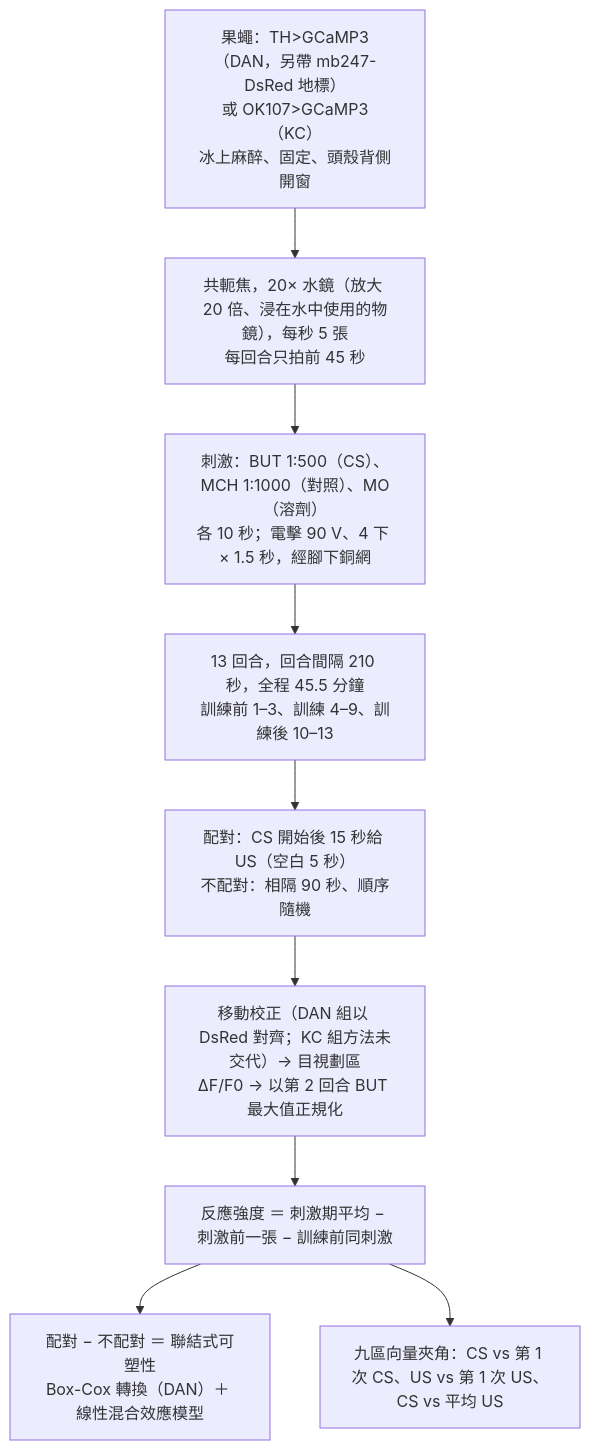
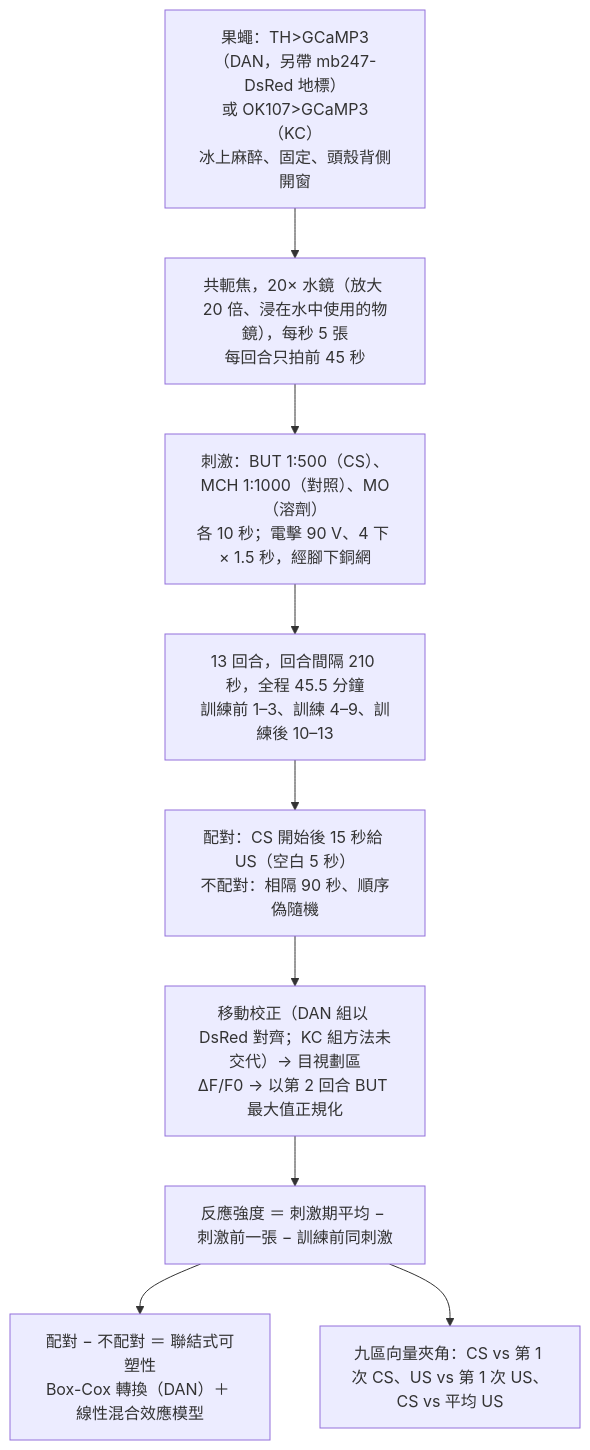
Before and after one commit to marginli/mb_wiki: the diagram in wiki/sources/s-dylla-2017-trace-conditioning-dan-plasticity.md, drawn with Mermaid. The commit also changed other lines of this file and 1 other file, not shown here.

````diff
--- a/wiki/sources/s-dylla-2017-trace-conditioning-dan-plasticity.md
+++ b/wiki/sources/s-dylla-2017-trace-conditioning-dan-plasticity.md
@@ -166,11 +199,11 @@
 ```mermaid
 flowchart TD
     A["果蠅：TH>GCaMP3（DAN，另帶 mb247-DsRed 地標）<br/>或 OK107>GCaMP3（KC）<br/>冰上麻醉、固定、頭殼背側開窗"] --> B["共軛焦，20× 水鏡（放大 20 倍、浸在水中使用的物鏡），每秒 5 張<br/>每回合只拍前 45 秒"]
     B --> C["刺激：BUT 1:500（CS）、MCH 1:1000（對照）、MO（溶劑）<br/>各 10 秒；電擊 90 V、4 下 × 1.5 秒，經腳下銅網"]
     C --> D["13 回合，回合間隔 210 秒，全程 45.5 分鐘<br/>訓練前 1–3、訓練 4–9、訓練後 10–13"]
-    D --> E["配對：CS 開始後 15 秒給 US（空白 5 秒）<br/>不配對：相隔 90 秒、順序隨機"]
+    D --> E["配對：CS 開始後 15 秒給 US（空白 5 秒）<br/>不配對：相隔 90 秒、順序偽隨機"]
     E --> F["移動校正（DAN 組以 DsRed 對齊；KC 組方法未交代）→ 目視劃區<br/>ΔF/F0 → 以第 2 回合 BUT 最大值正規化"]
     F --> G["反應強度 ＝ 刺激期平均 − 刺激前一張 − 訓練前同刺激"]
     G --> H["配對 − 不配對 ＝ 聯結式可塑性<br/>Box-Cox 轉換（DAN）＋ 線性混合效應模型"]
     G --> I["九區向量夾角：CS vs 第 1 次 CS、US vs 第 1 次 US、CS vs 平均 US"]
 ```
````
